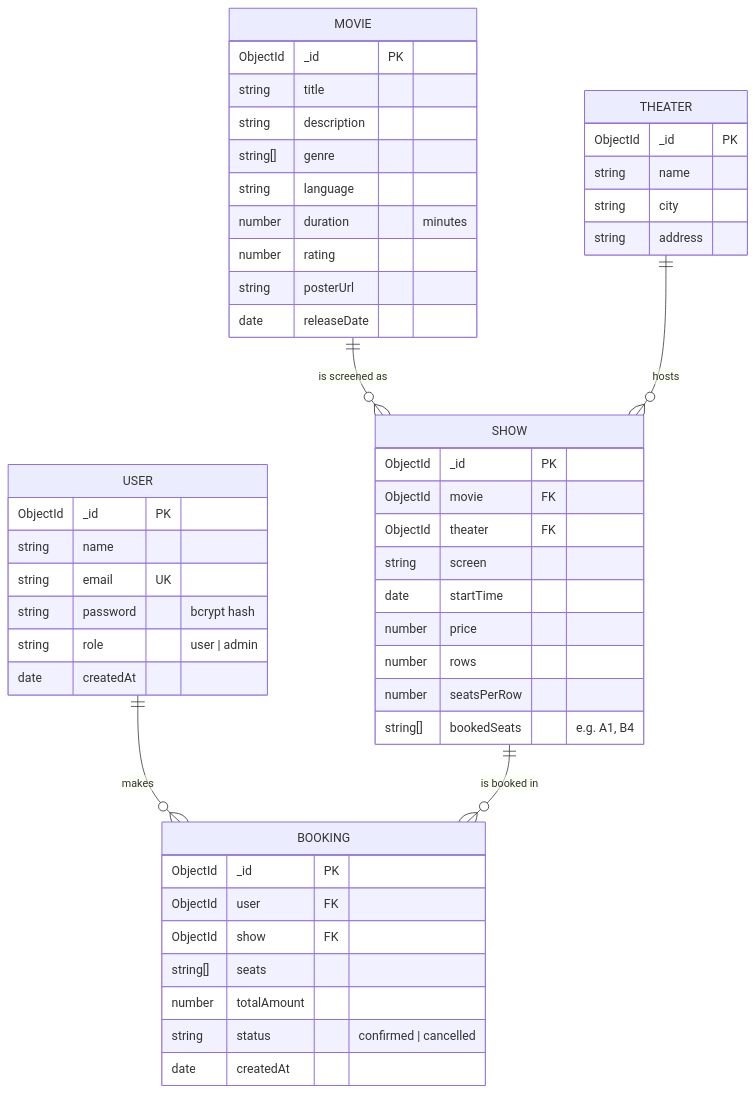
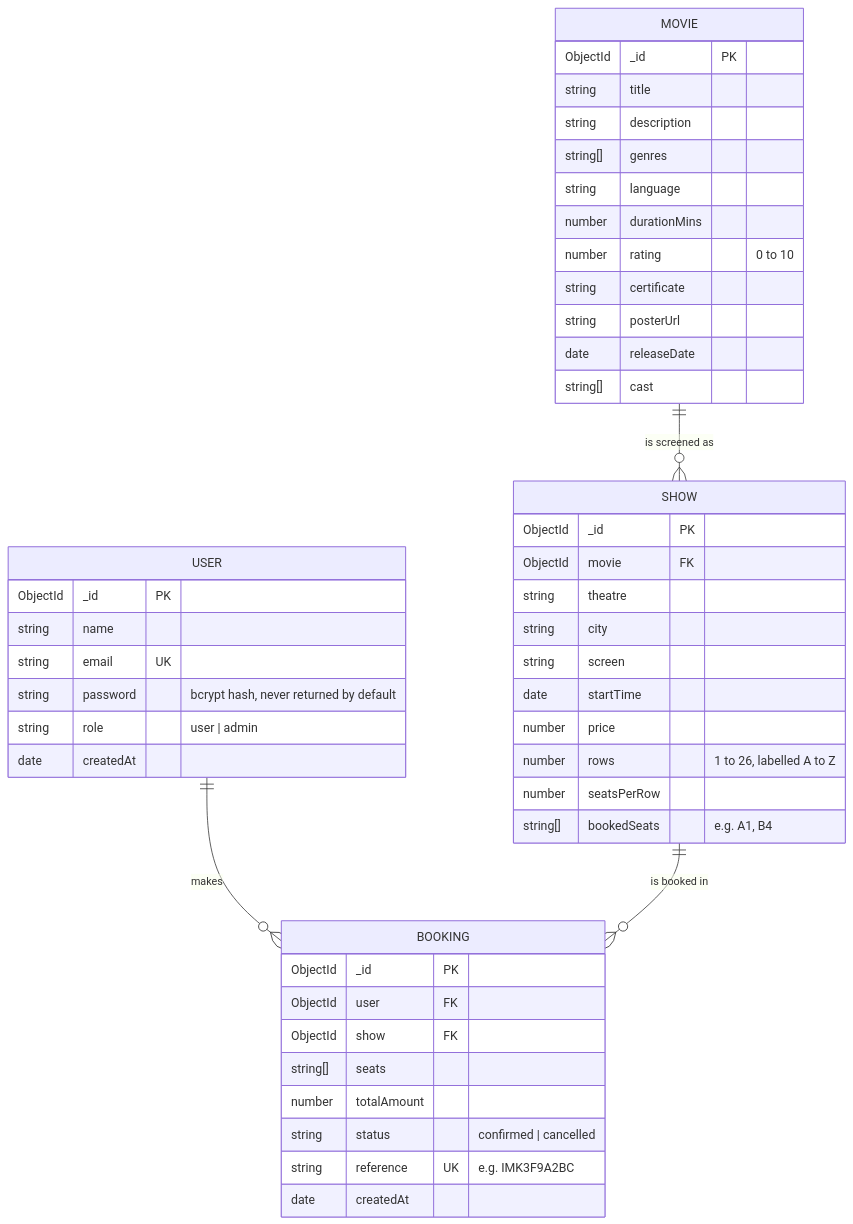
The diagram in docs/02-er-diagram.md (Krati1609/imovies), drawn with Mermaid before and after one commit. The commit also changed other lines of this file and 24 other files, not shown here.

````diff
--- a/docs/02-er-diagram.md
+++ b/docs/02-er-diagram.md
@@ -5,53 +5,50 @@
 ```mermaid
 erDiagram
     USER ||--o{ BOOKING : makes
     SHOW ||--o{ BOOKING : "is booked in"
     MOVIE ||--o{ SHOW : "is screened as"
-    THEATER ||--o{ SHOW : hosts
 
     USER {
         ObjectId _id PK
         string name
         string email UK
-        string password "bcrypt hash"
+        string password "bcrypt hash, never returned by default"
         string role "user | admin"
         date createdAt
     }
     MOVIE {
         ObjectId _id PK
         string title
         string description
-        string[] genre
+        string[] genres
         string language
-        number duration "minutes"
-        number rating
+        number durationMins
+        number rating "0 to 10"
+        string certificate
         string posterUrl
         date releaseDate
-    }
-    THEATER {
-        ObjectId _id PK
-        string name
-        string city
-        string address
+        string[] cast
     }
     SHOW {
         ObjectId _id PK
         ObjectId movie FK
-        ObjectId theater FK
+        string theatre
+        string city
         string screen
         date startTime
         number price
-        number rows
+        number rows "1 to 26, labelled A to Z"
         number seatsPerRow
         string[] bookedSeats "e.g. A1, B4"
     }
     BOOKING {
         ObjectId _id PK
         ObjectId user FK
         ObjectId show FK
         string[] seats
         number totalAmount
         string status "confirmed | cancelled"
+        string reference UK "e.g. IMK3F9A2BC"
         date createdAt
     }
 ```
````
